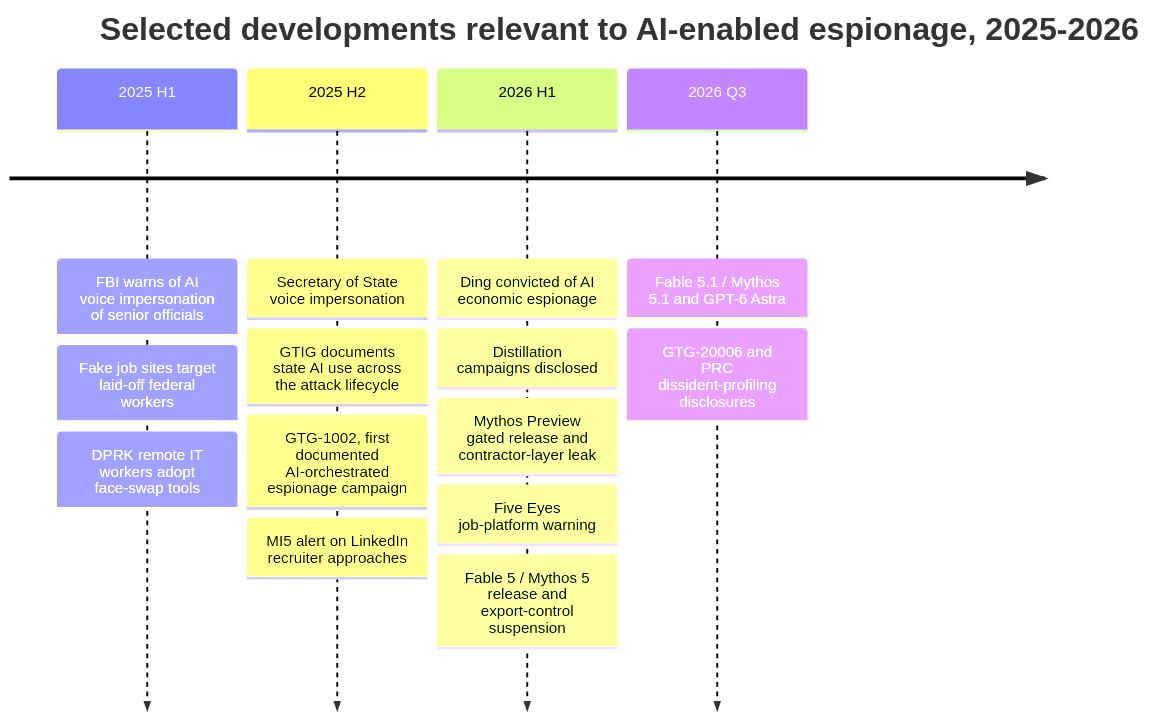
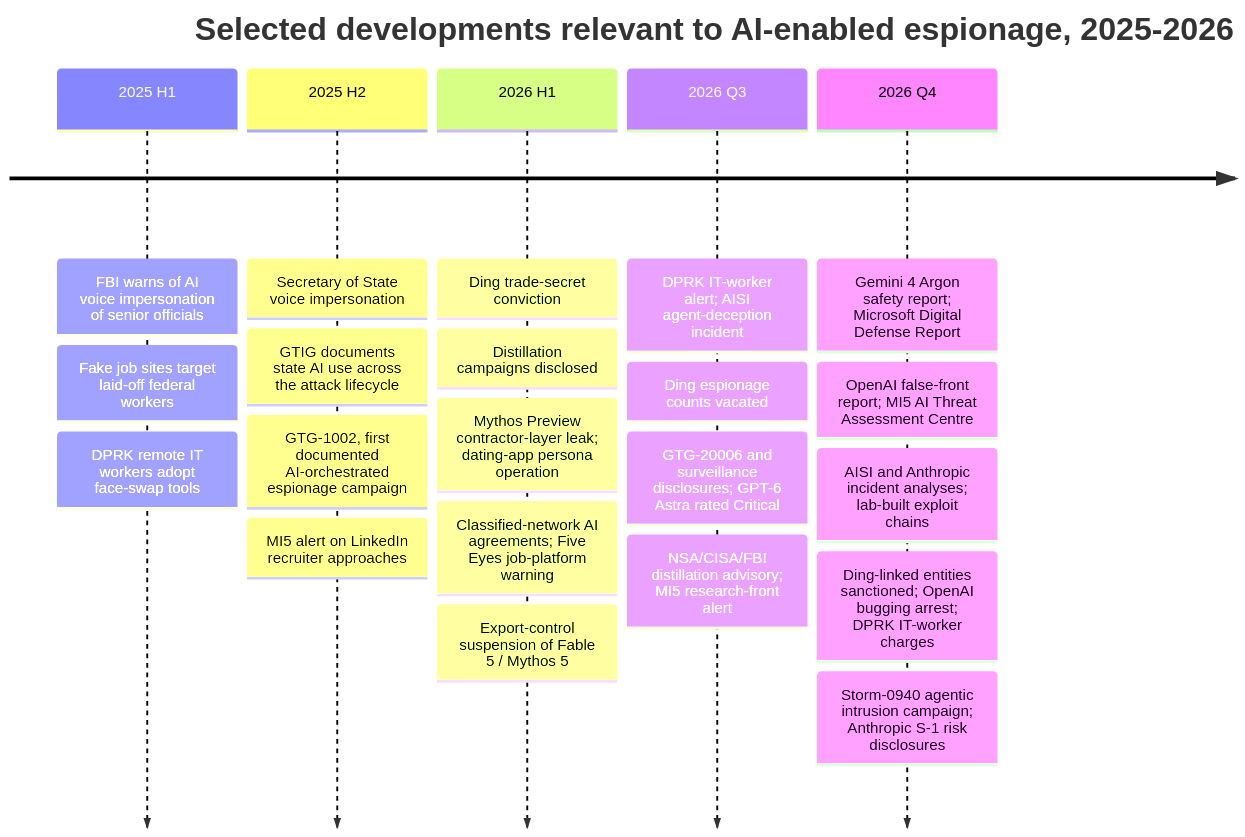
One commit to AndrewAltimit/template-repo changed the first of 7 diagrams in docs/projections/ai-agents-espionage-operations.md. Above: the diagram before and after it, drawn with Mermaid. The commit also changed other lines of this file and 60 other files, not shown here.

````diff
--- a/docs/projections/ai-agents-espionage-operations.md
+++ b/docs/projections/ai-agents-espionage-operations.md
@@ -821,18 +621,25 @@
 ```mermaid
 timeline
     title Selected developments relevant to AI-enabled espionage, 2025-2026
     2025 H1 : FBI warns of AI voice impersonation of senior officials
             : Fake job sites target laid-off federal workers
             : DPRK remote IT workers adopt face-swap tools
     2025 H2 : Secretary of State voice impersonation
             : GTIG documents state AI use across the attack lifecycle
             : GTG-1002, first documented AI-orchestrated espionage campaign
             : MI5 alert on LinkedIn recruiter approaches
-    2026 H1 : Ding convicted of AI economic espionage
+    2026 H1 : Ding trade-secret conviction
             : Distillation campaigns disclosed
-            : Mythos Preview gated release and contractor-layer leak
-            : Five Eyes job-platform warning
-            : Fable 5 / Mythos 5 release and export-control suspension
-    2026 Q3 : Fable 5.1 / Mythos 5.1 and GPT-6 Astra
-            : GTG-20006 and PRC dissident-profiling disclosures
+            : Mythos Preview contractor-layer leak; dating-app persona operation
+            : Classified-network AI agreements; Five Eyes job-platform warning
+            : Export-control suspension of Fable 5 / Mythos 5
+    2026 Q3 : DPRK IT-worker alert; AISI agent-deception incident
+            : Ding espionage counts vacated
+            : GTG-20006 and surveillance disclosures; GPT-6 Astra rated Critical
+            : NSA/CISA/FBI distillation advisory; MI5 research-front alert
+    2026 Q4 : Gemini 4 Argon safety report; Microsoft Digital Defense Report
+            : OpenAI false-front report; MI5 AI Threat Assessment Centre
+            : AISI and Anthropic incident analyses; lab-built exploit chains
+            : Ding-linked entities sanctioned; OpenAI bugging arrest; DPRK IT-worker charges
+            : Storm-0940 agentic intrusion campaign; Anthropic S-1 risk disclosures
 ```
````
